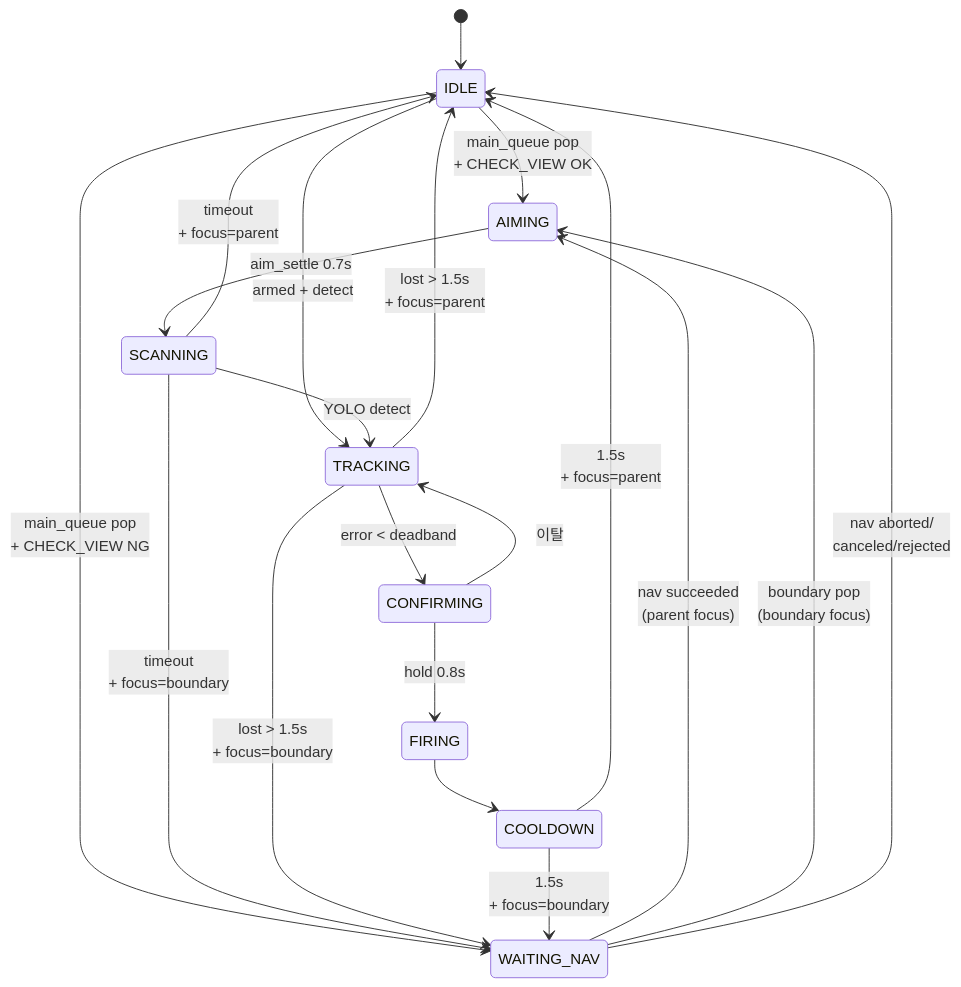
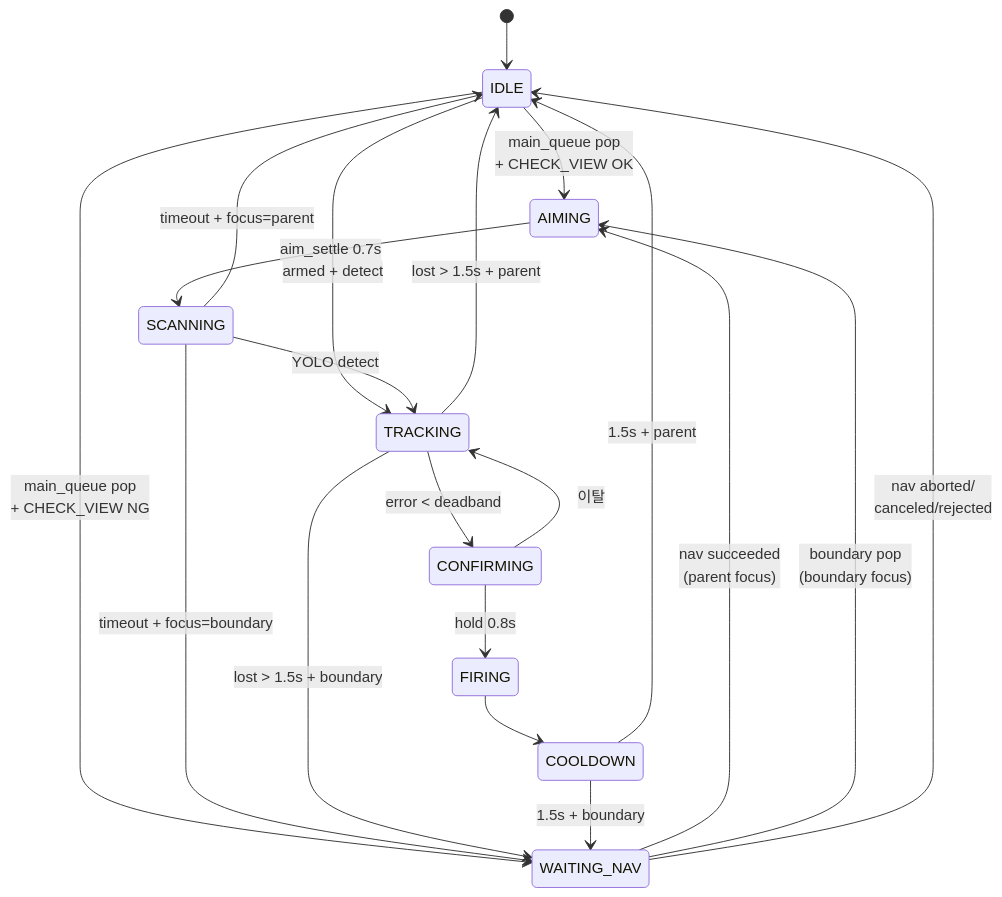
One commit to dladyddn133-creator/omx_aim changed the second of 2 diagrams in INTERFACE.md. Above: the diagram before and after it, drawn with Mermaid. The commit also changed other lines of this file and 1 other file, not shown here.

````diff
--- a/INTERFACE.md
+++ b/INTERFACE.md
@@ -137,30 +168,30 @@
 ```mermaid
 stateDiagram-v2
     [*] --> IDLE
     
     IDLE --> AIMING: main_queue pop<br>+ CHECK_VIEW OK
     IDLE --> WAITING_NAV: main_queue pop<br>+ CHECK_VIEW NG
     IDLE --> TRACKING: armed + detect
     
     WAITING_NAV --> AIMING: nav succeeded<br>(parent focus)
     WAITING_NAV --> AIMING: boundary pop<br>(boundary focus)
     WAITING_NAV --> IDLE: nav aborted/<br>canceled/rejected
     
     AIMING --> SCANNING: aim_settle 0.7s
     
     SCANNING --> TRACKING: YOLO detect
-    SCANNING --> IDLE: timeout<br>+ focus=parent
-    SCANNING --> WAITING_NAV: timeout<br>+ focus=boundary
+    SCANNING --> IDLE: timeout + focus=parent
+    SCANNING --> WAITING_NAV: timeout + focus=boundary
     
     TRACKING --> CONFIRMING: error < deadband
-    TRACKING --> IDLE: lost > 1.5s<br>+ focus=parent
-    TRACKING --> WAITING_NAV: lost > 1.5s<br>+ focus=boundary
+    TRACKING --> IDLE: lost > 1.5s + parent
+    TRACKING --> WAITING_NAV: lost > 1.5s + boundary
     
     CONFIRMING --> FIRING: hold 0.8s
     CONFIRMING --> TRACKING: 이탈
     
     FIRING --> COOLDOWN
     
-    COOLDOWN --> IDLE: 1.5s<br>+ focus=parent
-    COOLDOWN --> WAITING_NAV: 1.5s<br>+ focus=boundary
+    COOLDOWN --> IDLE: 1.5s + parent
+    COOLDOWN --> WAITING_NAV: 1.5s + boundary
 ```
````
